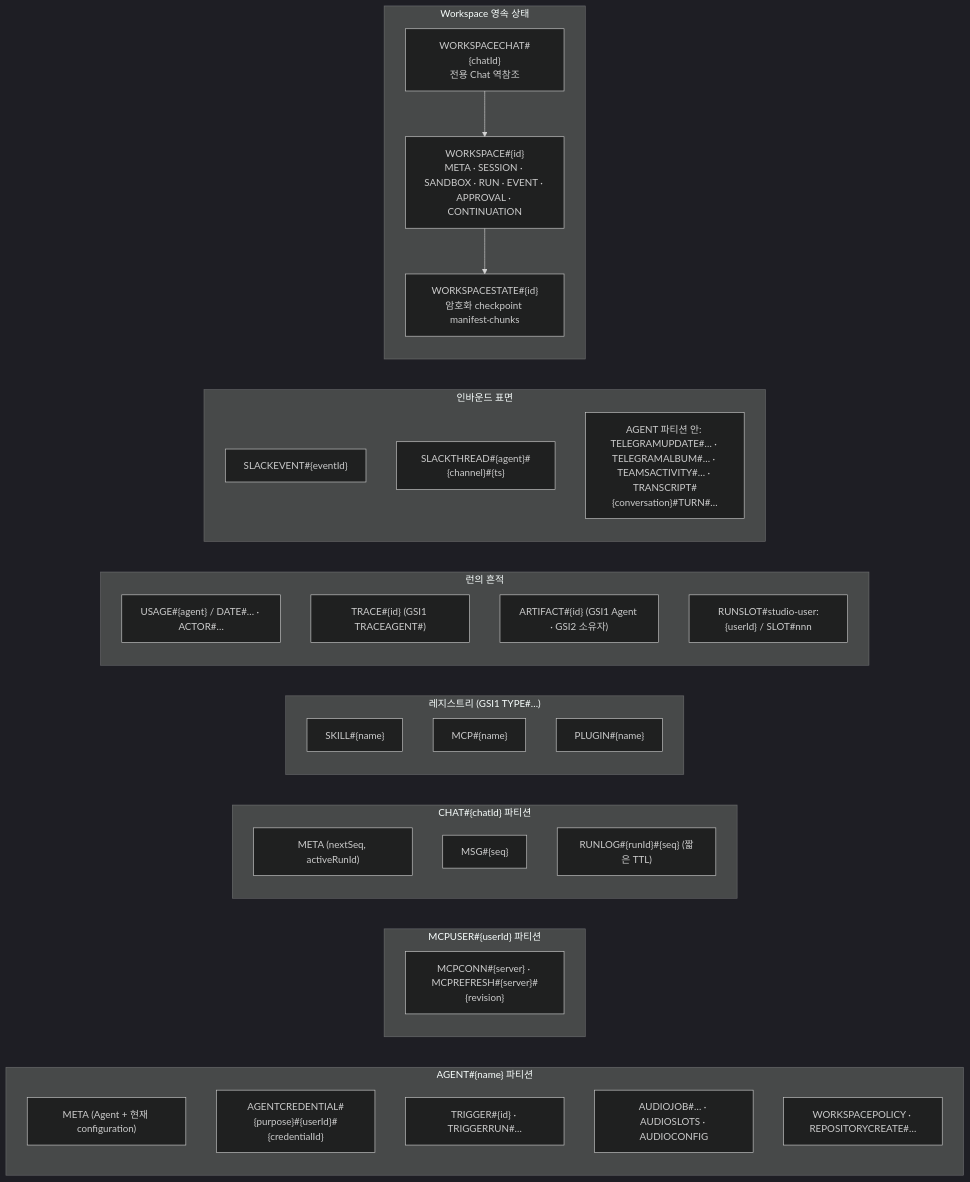
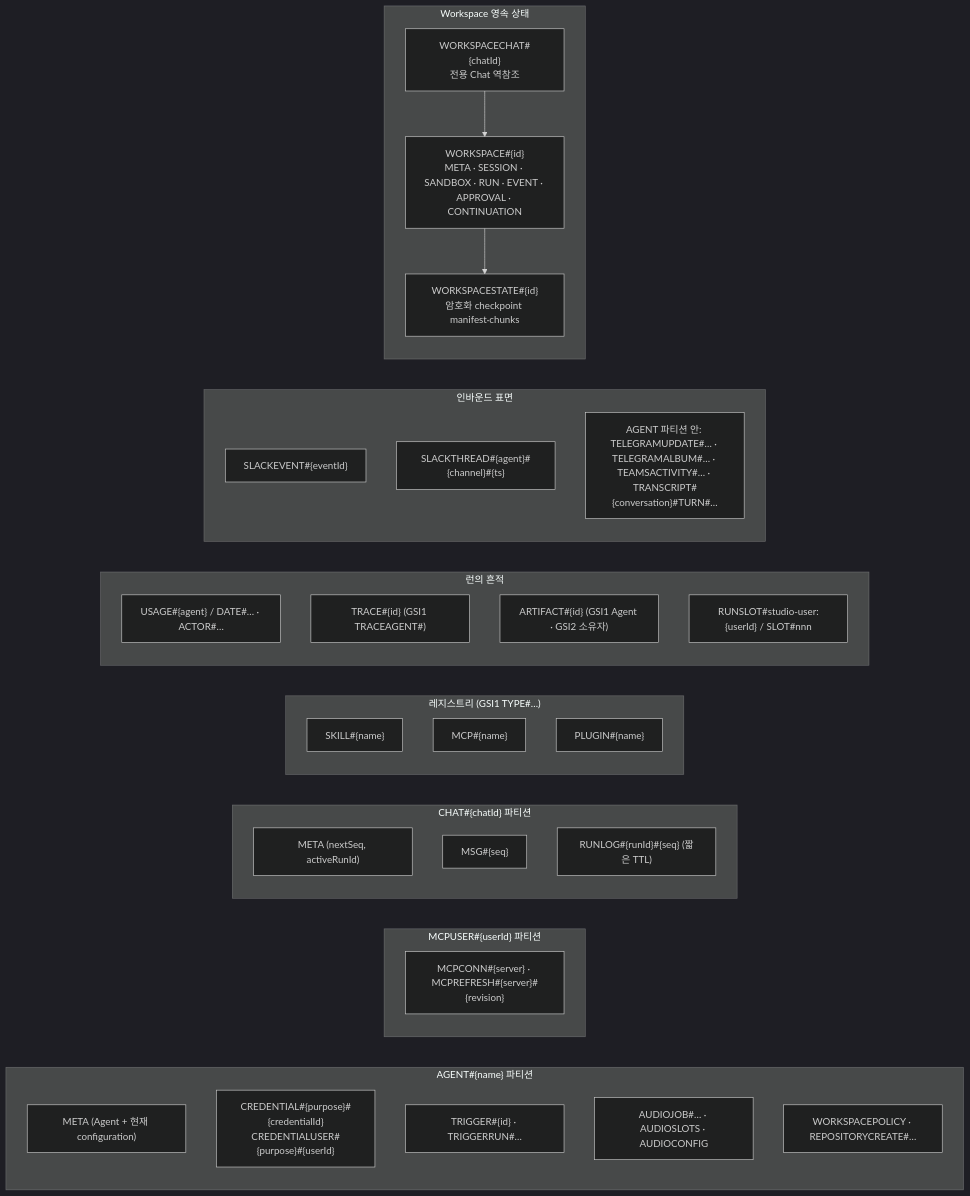
The seventh of 9 diagrams in docs/DIAGRAMS.md (opspresso/agent-studio), drawn with Mermaid (dark theme) before and after one commit. The commit also changed other lines of this file and 4 other files, not shown here.

````diff
--- a/docs/DIAGRAMS.md
+++ b/docs/DIAGRAMS.md
@@ -223,41 +223,41 @@
 ```mermaid
 flowchart LR
   subgraph agent["AGENT#{name} 파티션"]
     meta["META (Agent + 현재 configuration)"]
-    tok["AGENTCREDENTIAL#{purpose}#{userId}#{credentialId}"]
+    tok["CREDENTIAL#{purpose}#{credentialId}<br/>CREDENTIALUSER#{purpose}#{userId}"]
     trig["TRIGGER#{id} · TRIGGERRUN#…"]
     jobs["AUDIOJOB#… · AUDIOSLOTS · AUDIOCONFIG"]
     policy["WORKSPACEPOLICY · REPOSITORYCREATE#…"]
   end
   subgraph personal["MCPUSER#{userId} 파티션"]
     conn["MCPCONN#{server} · MCPREFRESH#{server}#{revision}"]
   end
   subgraph chat["CHAT#{chatId} 파티션"]
     cmeta["META (nextSeq, activeRunId)"]
     msg["MSG#{seq}"]
     runlog["RUNLOG#{runId}#{seq} (짧은 TTL)"]
   end
   subgraph registry["레지스트리 (GSI1 TYPE#…)"]
     skill["SKILL#{name}"]
     mcp["MCP#{name}"]
     plugin["PLUGIN#{name}"]
   end
   subgraph runs["런의 흔적"]
     usage["USAGE#{agent} / DATE#… · ACTOR#…"]
     trace["TRACE#{id} (GSI1 TRACEAGENT#)"]
     artifact["ARTIFACT#{id} (GSI1 Agent · GSI2 소유자)"]
     slot["RUNSLOT#studio-user:{userId} / SLOT#nnn"]
   end
   subgraph inbound["인바운드 표면"]
     sev["SLACKEVENT#{eventId}"]
     sthread["SLACKTHREAD#{agent}#{channel}#{ts}"]
     transcript["AGENT 파티션 안: TELEGRAMUPDATE#… · TELEGRAMALBUM#… · TEAMSACTIVITY#… · TRANSCRIPT#{conversation}#TURN#…"]
   end
   subgraph workspace["Workspace 영속 상태"]
     ws["WORKSPACE#{id}<br/>META · SESSION · SANDBOX · RUN · EVENT · APPROVAL · CONTINUATION"]
     cp["WORKSPACESTATE#{id}<br/>암호화 checkpoint manifest·chunks"]
     mapping["WORKSPACECHAT#{chatId}<br/>전용 Chat 역참조"]
     ws --> cp
     mapping --> ws
   end
 ```
````
